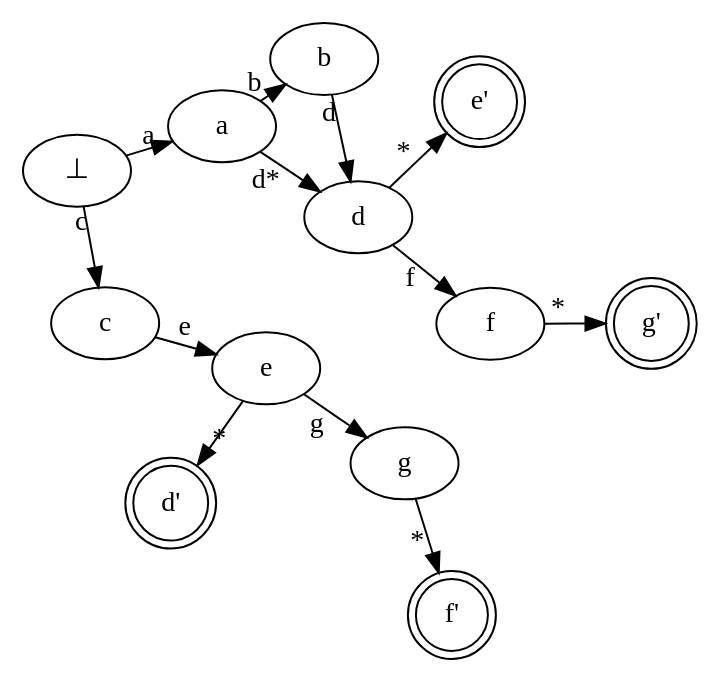
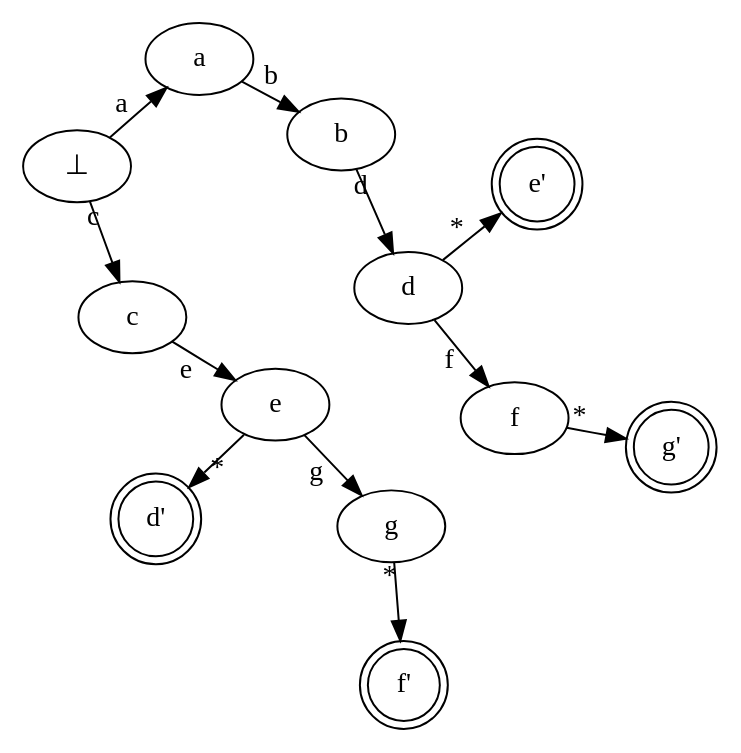
One commit to yukatayu/private_note_about_synchronization changed the third of 4 diagrams in sections/01_basic.adoc. Above: the diagram before and after it, drawn with Graphviz. The commit also changed other lines of this file, not shown here.

```diff
--- a/sections/01_basic.adoc
+++ b/sections/01_basic.adoc
@@ -97,24 +97,23 @@
 [graphviz,scaledwidth=40]
 ....
 digraph G {
     layout = neato
     "d'" [shape = doublecircle]
     "e'" [shape = doublecircle]
     "f'" [shape = doublecircle]
     "g'" [shape = doublecircle]
     ⊥ -> a [label="a"]
     ⊥ -> c [label="c"]
     d -> "e'" [label="*"]
     e -> "d'" [label="*"]
     f -> "g'" [label="*"]
     g -> "f'" [label="*"]
-    a -> d [label="d*"]
     a -> b [label="b"]
     b -> d [label="d"]
     d -> f [label="f"]
     c -> e [label="e"]
     e -> g [label="g"]
     d -> e [style = invis]
     f -> g [style = invis]
 }
 ....
```
